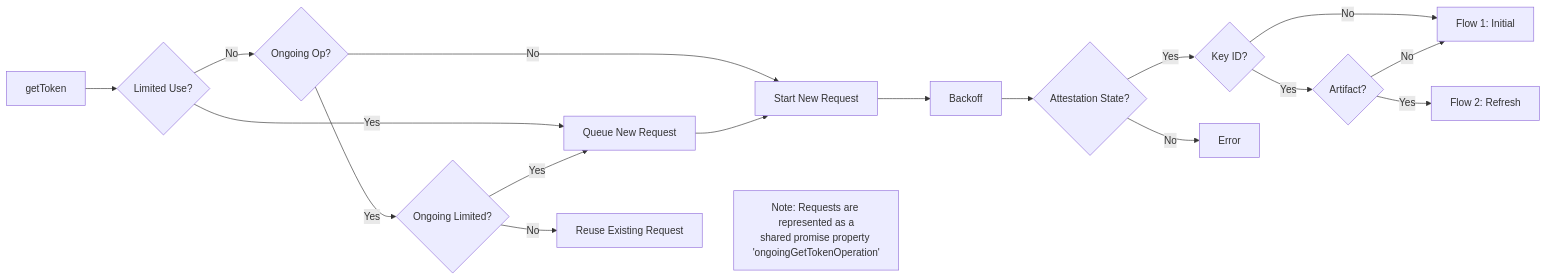
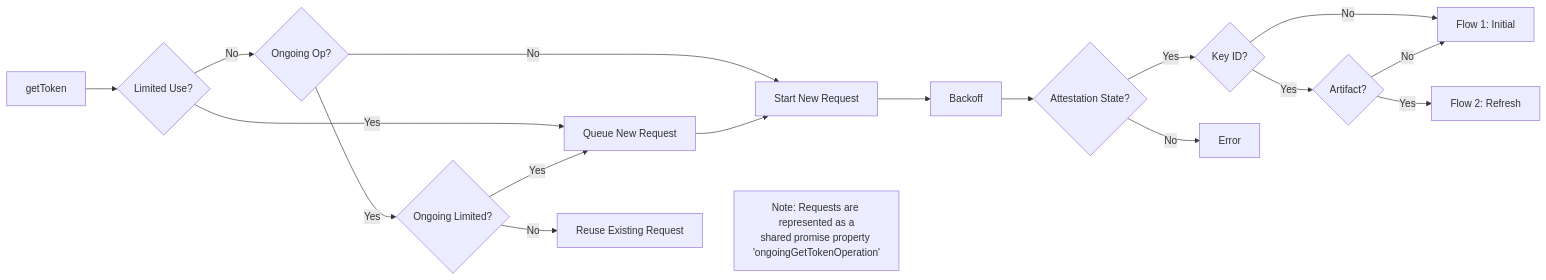
Before and after one commit to google/app-check: the first of 4 diagrams in docs/providers/app-attest.md, drawn with Mermaid.

````diff
--- a/docs/providers/app-attest.md
+++ b/docs/providers/app-attest.md
@@ -31,31 +31,31 @@
 ```mermaid
-%%{init: {"flowchart": {"diagramPadding": 150, "fontSize": 36}}}%%
+%%{init: {"flowchart": {"diagramPadding": 125, "fontSize": 36}}}%%
 flowchart LR
     Start[getToken] --> CheckUse{Limited Use?}
     
     CheckUse -- Yes --> Queue[Queue New Request]
     CheckUse -- No --> Coalesce{Ongoing Op?}
     
     Coalesce -- No --> StartNew[Start New Request]
     Coalesce -- Yes --> CheckOngoing{Ongoing Limited?}
     
     CheckOngoing -- Yes --> Queue
     CheckOngoing -- No --> Reuse[Reuse Existing Request]
     
     Queue --> StartNew
     StartNew --> Backoff[Backoff]
     
     Backoff --> StateCheck{Attestation State?}
     
     StateCheck -->|Yes| KeyCheck{Key ID?}
     
     KeyCheck -- No --> Flow1[Flow 1: Initial]
     KeyCheck -- Yes --> ArtifactCheck{Artifact?}
     
     ArtifactCheck -- No --> Flow1
     ArtifactCheck -- Yes --> Flow2[Flow 2: Refresh]
 
     StateCheck -->|No| Error[Error]
 
     Reuse ~~~ Footnote[Note: Requests are represented as a<br/>shared promise property 'ongoingGetTokenOperation']
 ```
````
